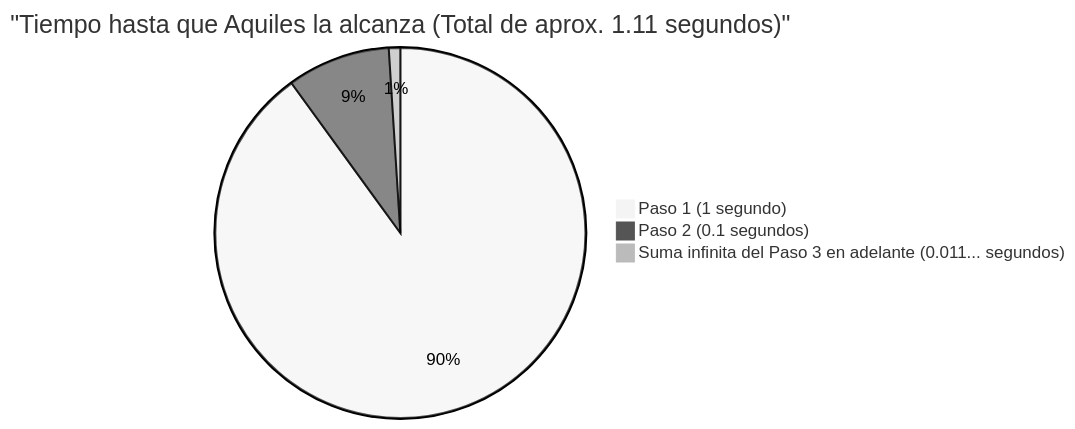
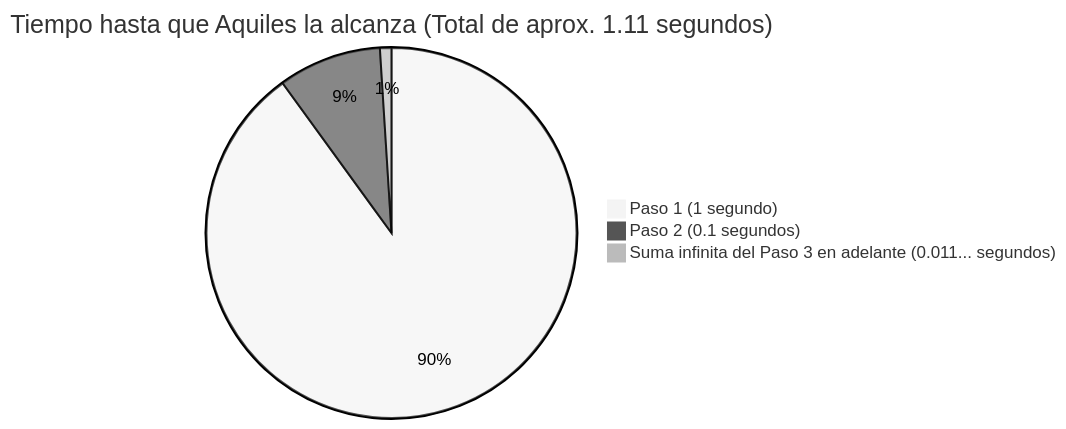
The second of 2 diagrams in content/post/アキレスと亀/index.es.md (kenjinote/blog), drawn with Mermaid (neutral theme) before and after one commit. The commit also changed other lines of this file and 703 other files, not shown here.

Commit message:
Fix: Remove quotes from Mermaid link texts and timeline definitions to support Mermaid 11.4.1

````diff
--- a/content/post/アキレスと亀/index.es.md
+++ b/content/post/アキレスと亀/index.es.md
@@ -116,6 +116,6 @@
 ```mermaid
-pie title "Tiempo hasta que Aquiles la alcanza (Total de aprox. 1.11 segundos)"
+pie title Tiempo hasta que Aquiles la alcanza (Total de aprox. 1.11 segundos)
     "Paso 1 (1 segundo)" : 90
     "Paso 2 (0.1 segundos)" : 9
     "Suma infinita del Paso 3 en adelante (0.011... segundos)" : 1
 ```
````
